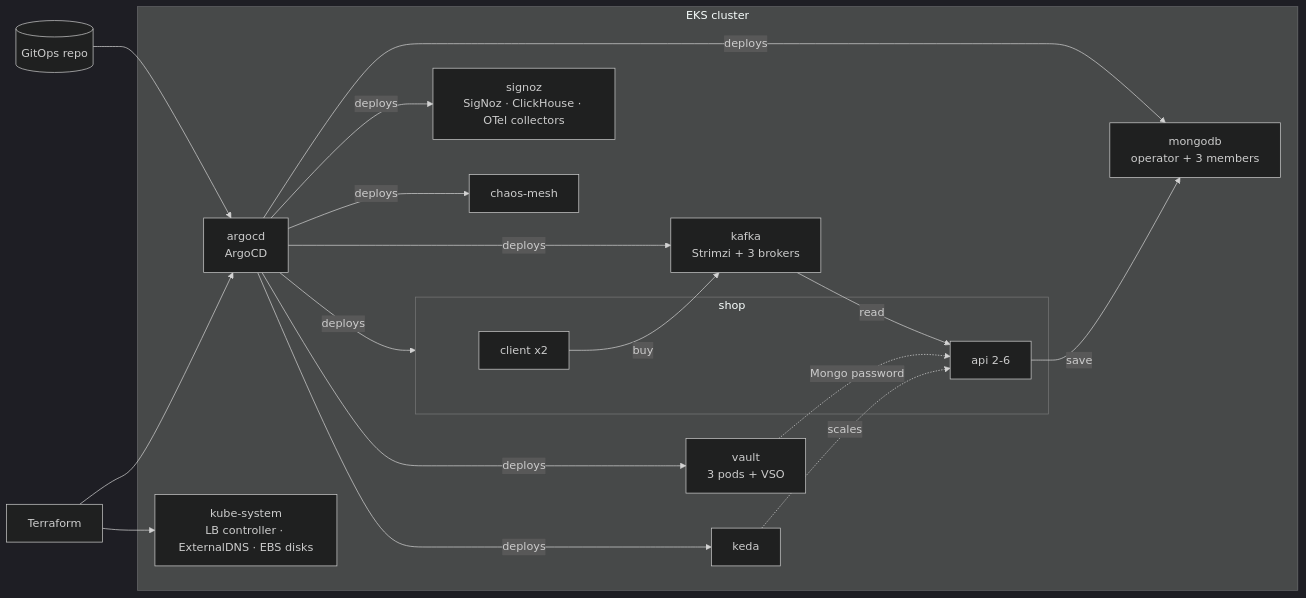
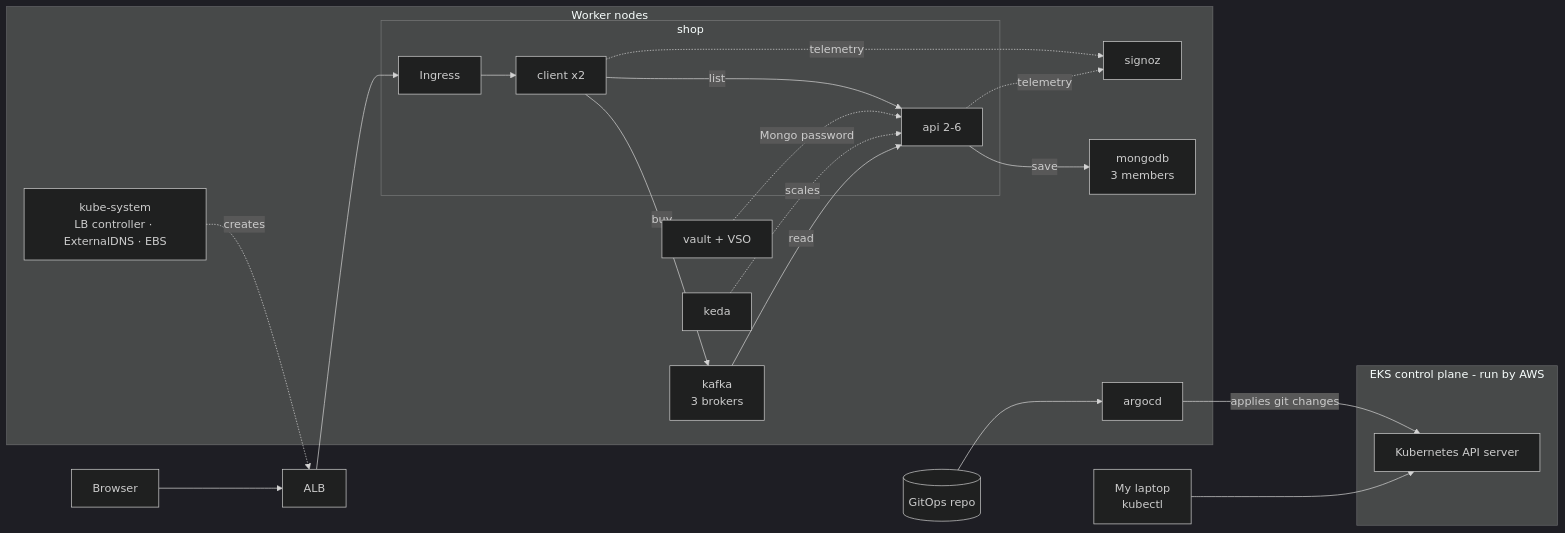
The third of 3 diagrams in README.md (Telsek/python-kafka-mongo), drawn with Mermaid (dark theme) before and after one commit. The commit also changed other lines of this file, not shown here.

First line of the commit message:
docs: Revise node sizing and Kubernetes setup details in README (#14)

````diff
--- a/README.md
+++ b/README.md
@@ -78,23 +79,31 @@
 ```mermaid
 flowchart LR
-    GIT[(GitOps repo)] --> ARGO["argocd<br/>ArgoCD"]
-    TF[Terraform] --> ARGO & KS
-    subgraph EKS["EKS cluster"]
-        ARGO
-        KS["kube-system<br/>LB controller · ExternalDNS · EBS disks"]
+    USER[Browser] --> ALB[ALB]
+    ME["My laptop<br/>kubectl"] --> APIS
+    GIT[(GitOps repo)] --> ARGO
+    subgraph CP["EKS control plane - run by AWS"]
+        APIS[Kubernetes API server]
+    end
+    subgraph EKS["Worker nodes"]
+        ARGO[argocd]
+        KS["kube-system<br/>LB controller · ExternalDNS · EBS"]
         subgraph SHOP["shop"]
+            ING[Ingress]
             CL[client x2]
             API[api 2-6]
         end
-        K["kafka<br/>Strimzi + 3 brokers"]
-        M["mongodb<br/>operator + 3 members"]
-        V["vault<br/>3 pods + VSO"]
+        K["kafka<br/>3 brokers"]
+        M["mongodb<br/>3 members"]
+        V["vault + VSO"]
         KE[keda]
-        S["signoz<br/>SigNoz · ClickHouse · OTel collectors"]
-        CH[chaos-mesh]
+        S[signoz]
     end
-    ARGO -->|deploys| SHOP & K & M & V & KE & S & CH
+    ARGO -->|applies git changes| APIS
+    KS -.->|creates| ALB
+    ALB --> ING --> CL
     CL -->|buy| K -->|read| API -->|save| M
+    CL -->|list| API
     V -.->|Mongo password| API
     KE -.->|scales| API
+    CL & API -.->|telemetry| S
 ```
````
